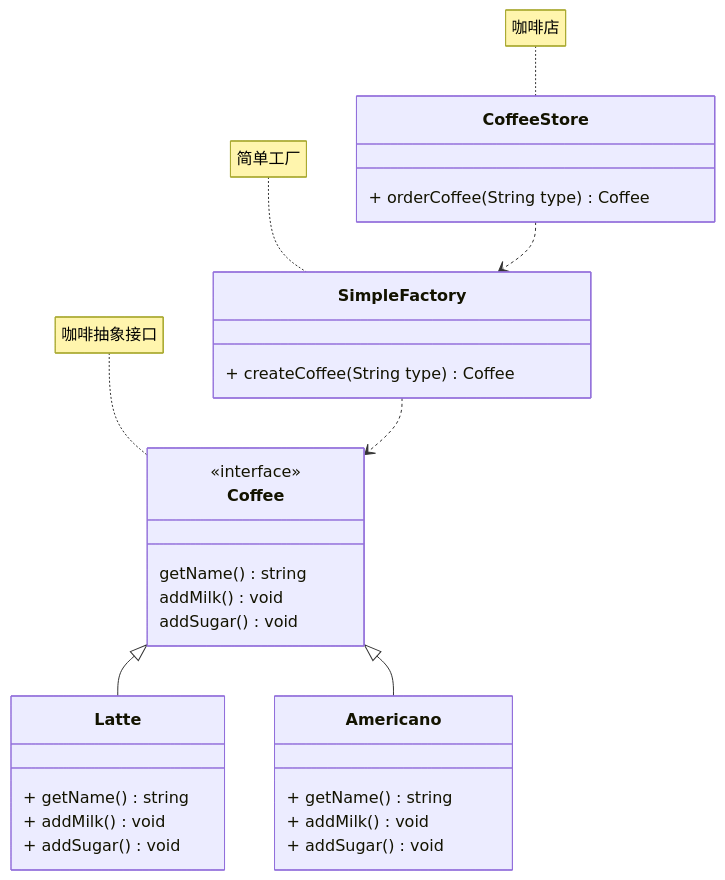
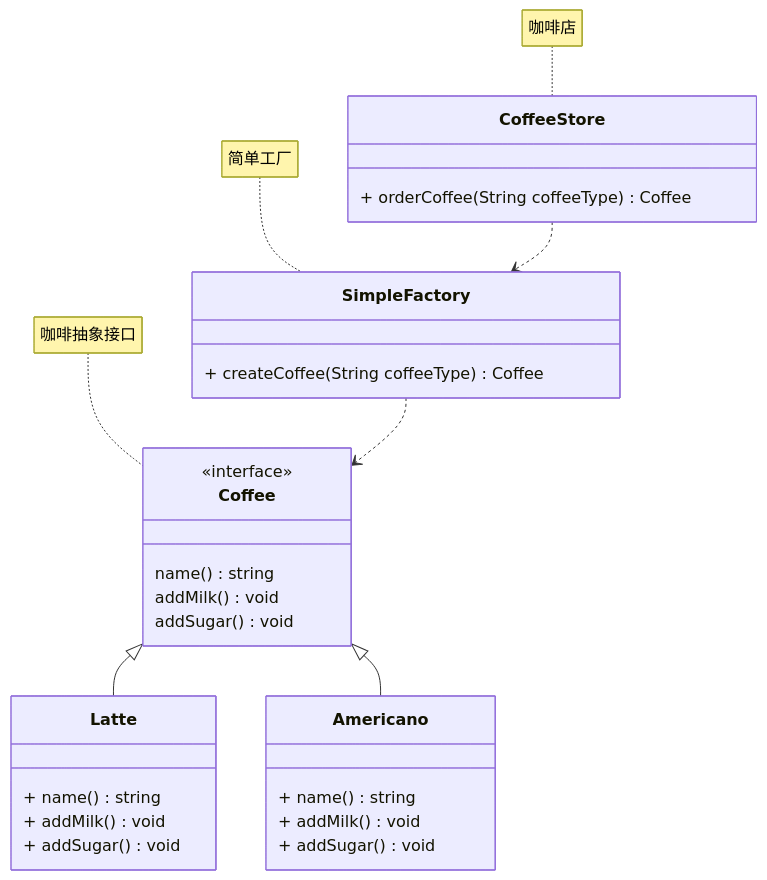
One commit to magicgopher/magicgopher-blog changed the diagram in src/docs/zh/后端/01-Golang/03-Golang设计模式/03-简单工厂.md. Above: the diagram before and after it, drawn with Mermaid. The commit also changed other lines of this file and 1 other file, not shown here.

````diff
--- a/src/docs/zh/后端/01-Golang/03-Golang设计模式/03-简单工厂.md
+++ b/src/docs/zh/后端/01-Golang/03-Golang设计模式/03-简单工厂.md
@@ -27,31 +27,31 @@
 ```mermaid
 classDiagram
     class Coffee
     <<interface>> Coffee
-    Coffee: getName() string
+    Coffee: name() string
     Coffee: addMilk() void
     Coffee: addSugar() void
     note for Coffee "咖啡抽象接口"
     class Latte {
-        + getName() string
+        + name() string
         + addMilk() void
         + addSugar() void
     }
     class Americano {
-        + getName() string
+        + name() string
         + addMilk() void
         + addSugar() void
     }
     Coffee <|-- Latte
     Coffee <|-- Americano
     class SimpleFactory {
-        + createCoffee(String type) Coffee
+        + createCoffee(String coffeeType) Coffee
     }
     note for SimpleFactory "简单工厂"
     SimpleFactory ..> Coffee
     class CoffeeStore {
-        + orderCoffee(String type) Coffee
+        + orderCoffee(String coffeeType) Coffee
     }
     note for CoffeeStore "咖啡店"
     CoffeeStore ..> SimpleFactory
 ```
````
